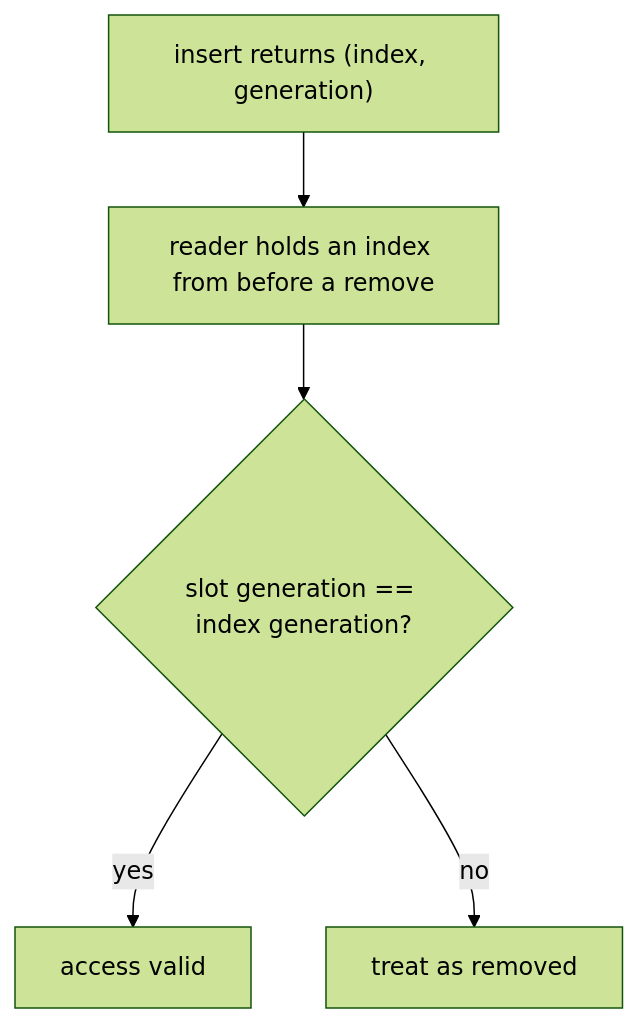
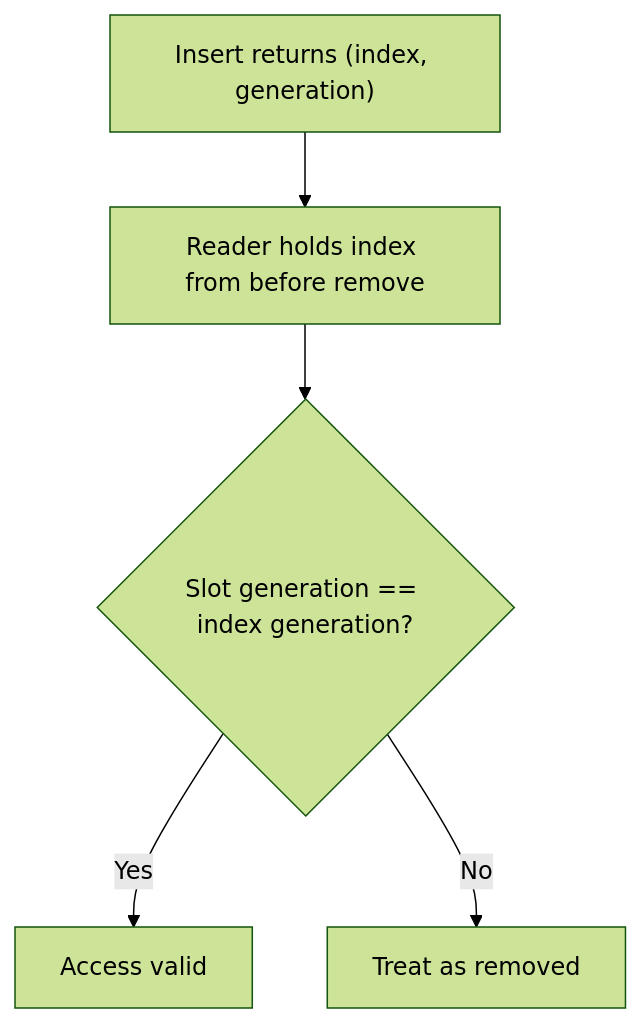
One commit to ericc-ch/nixos-config changed the first of 2 diagrams in dotfiles/.agents/skills/explain/SKILL.md. Above: the diagram before and after it, drawn with Mermaid (forest theme). The commit also changed other lines of this file and 2 other files, not shown here.

````diff
--- a/dotfiles/.agents/skills/explain/SKILL.md
+++ b/dotfiles/.agents/skills/explain/SKILL.md
@@ -70,7 +29,7 @@
 ```mermaid
 flowchart TD
-    A["insert returns (index, generation)"] --> B["reader holds an index from before a remove"]
-    B --> C{"slot generation == index generation?"}
-    C -- yes --> D["access valid"]
-    C -- no --> E["treat as removed"]
+    A["Insert returns (index, generation)"] --> B["Reader holds index from before remove"]
+    B --> C{"Slot generation == index generation?"}
+    C -- Yes --> D["Access valid"]
+    C -- No --> E["Treat as removed"]
 ```
````
